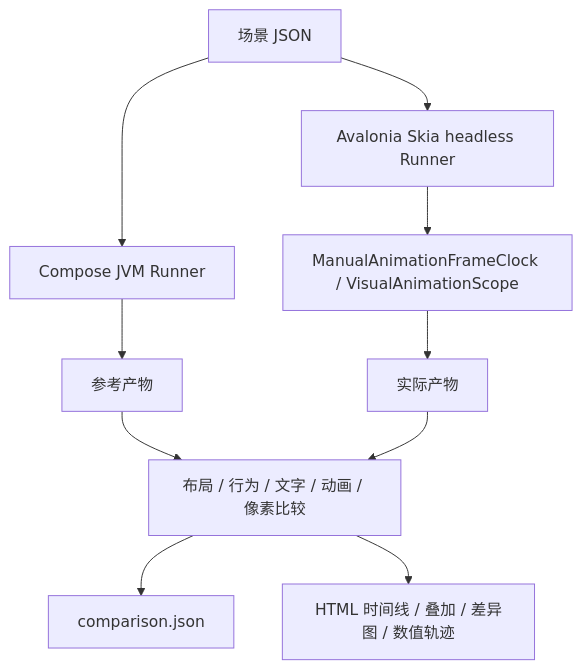
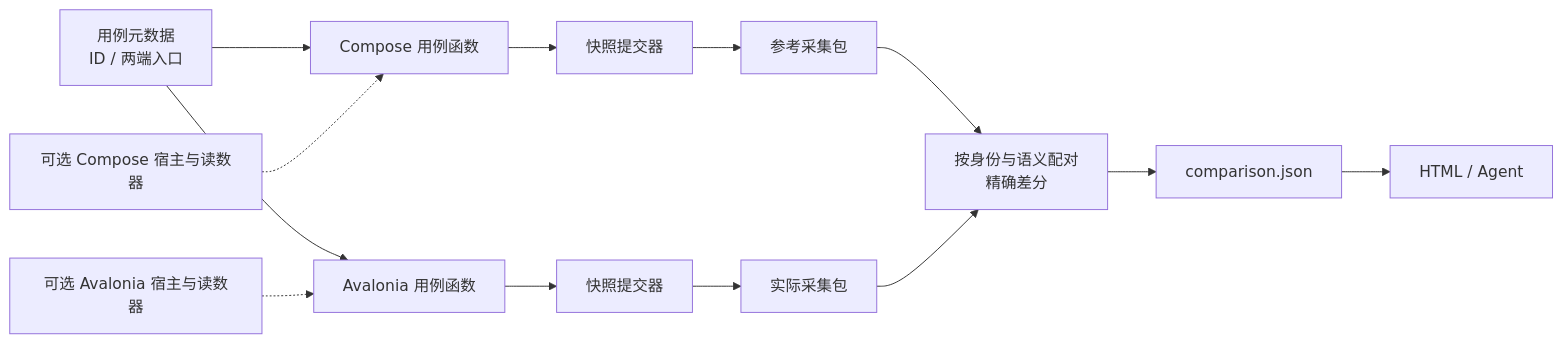
Before and after one commit to Shirasagi0012/Material3Expressive.Avalonia: the first of 3 diagrams in tests/VisualParity/README.md, drawn with Mermaid. The commit also changed other lines of this file and 64 other files, not shown here.

````diff
--- a/tests/VisualParity/README.md
+++ b/tests/VisualParity/README.md
@@ -51,12 +8,15 @@
 ```mermaid
-flowchart TD
-    S[场景 JSON] --> C[Compose JVM Runner]
-    S --> A[Avalonia Skia headless Runner]
-    A --> M[ManualAnimationFrameClock / VisualAnimationScope]
-    C --> E[参考产物]
-    M --> O[实际产物]
-    E --> D[布局 / 行为 / 文字 / 动画 / 像素比较]
+flowchart LR
+    M[用例元数据\nID / 两端入口] --> C[Compose 用例函数]
+    M --> A[Avalonia 用例函数]
+    C --> CW[快照提交器]
+    A --> AW[快照提交器]
+    CH[可选 Compose 宿主与读数器] -.-> C
+    AH[可选 Avalonia 宿主与读数器] -.-> A
+    CW --> E[参考采集包]
+    AW --> O[实际采集包]
+    E --> D[按身份与语义配对\n精确差分]
     O --> D
     D --> J[comparison.json]
-    D --> H[HTML 时间线 / 叠加 / 差异图 / 数值轨迹]
+    J --> H[HTML / Agent]
 ```
````
